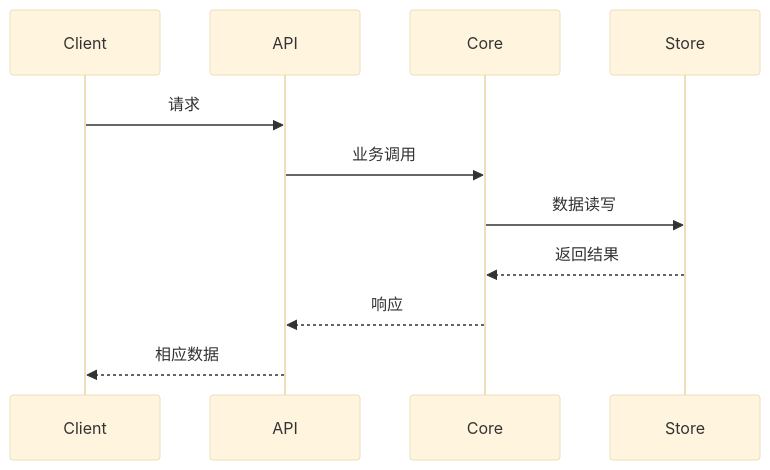
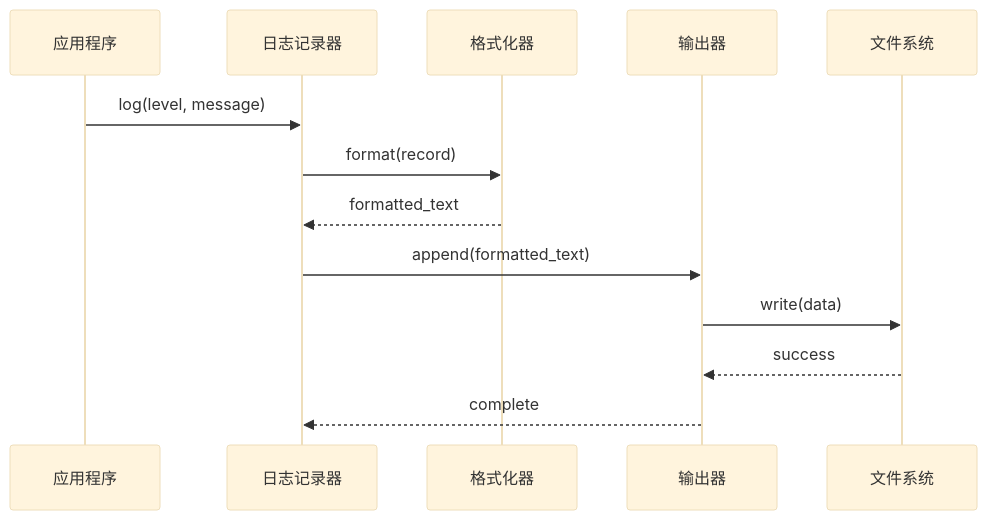
One commit to gaochao-git/devpos changed the second of 2 diagrams in nuxx_code/log/log模块功能设计文档.md. Above: the diagram before and after it, drawn with Mermaid (base theme). The commit also changed other lines of this file and 8 other files, not shown here.

````diff
--- a/nuxx_code/log/log模块功能设计文档.md
+++ b/nuxx_code/log/log模块功能设计文档.md
@@ -160,13 +166,16 @@
 ```mermaid
 sequenceDiagram
-    participant Client
-    participant API
-    participant Core
-    participant Store
-    Client->>API: 请求
-    API->>Core: 业务调用
-    Core->>Store: 数据读写
-    Store-->>Core: 返回结果
-    Core-->>API: 响应
-    API-->>Client: 相应数据
+    participant App as 应用程序
+    participant Logger as 日志记录器
+    participant Formatter as 格式化器
+    participant Appender as 输出器
+    participant File as 文件系统
+    
+    App->>Logger: log(level, message)
+    Logger->>Formatter: format(record)
+    Formatter-->>Logger: formatted_text
+    Logger->>Appender: append(formatted_text)
+    Appender->>File: write(data)
+    File-->>Appender: success
+    Appender-->>Logger: complete
 ```
````
